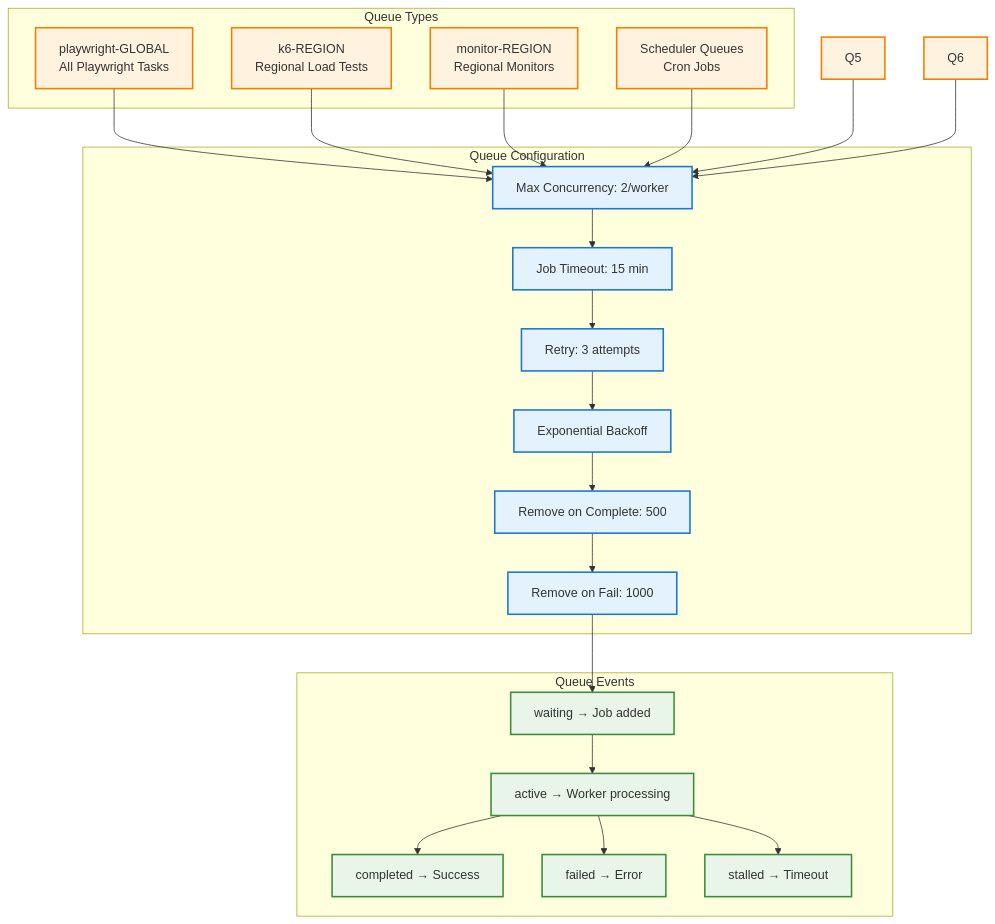
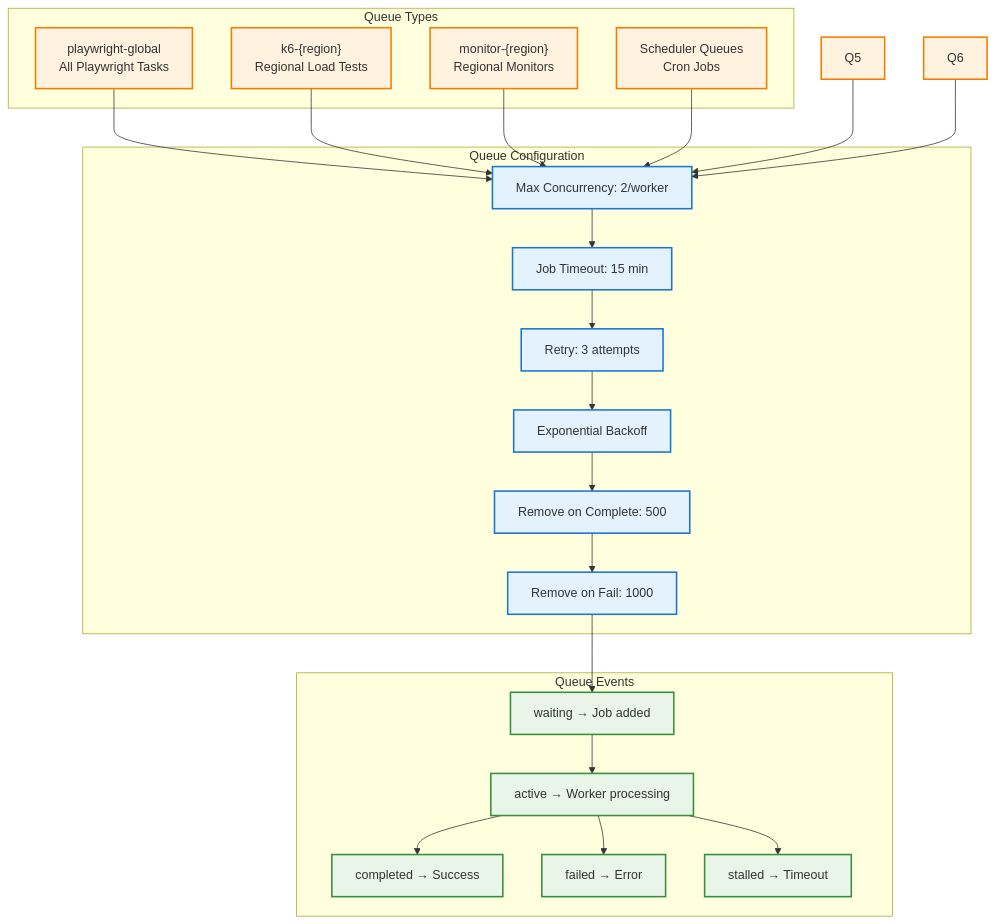
Before and after one commit to supercheck-io/supercheck: the third of 24 diagrams in specs/03-execution/EXECUTION_SYSTEM.md, drawn with Mermaid. The commit also changed other lines of this file and 47 other files, not shown here.

````diff
--- a/specs/03-execution/EXECUTION_SYSTEM.md
+++ b/specs/03-execution/EXECUTION_SYSTEM.md
@@ -201,41 +201,41 @@
 ```mermaid
 graph TB
     subgraph "Queue Types"
-        Q1[playwright-GLOBAL<br/>All Playwright Tasks]
-        Q2["k6-REGION<br/>Regional Load Tests"]
-        Q3["monitor-REGION<br/>Regional Monitors"]
+        Q1[playwright-global<br/>All Playwright Tasks]
+        Q2["k6-{region}<br/>Regional Load Tests"]
+        Q3["monitor-{region}<br/>Regional Monitors"]
         Q4[Scheduler Queues<br/>Cron Jobs]
     end
 
     subgraph "Queue Configuration"
         C1[Max Concurrency: 2/worker]
         C2[Job Timeout: 15 min]
         C3[Retry: 3 attempts]
         C4[Exponential Backoff]
         C5[Remove on Complete: 500]
         C6[Remove on Fail: 1000]
     end
 
     subgraph "Queue Events"
         E1[waiting → Job added]
         E2[active → Worker processing]
         E3[completed → Success]
         E4[failed → Error]
         E5[stalled → Timeout]
     end
 
     Q1 & Q2 & Q3 & Q4 & Q5 & Q6 --> C1
     C1 --> C2 --> C3 --> C4 --> C5 --> C6
 
     C6 --> E1 --> E2 --> E3
     E2 --> E4
     E2 --> E5
 
     classDef queue fill:#fff3e0,stroke:#f57c00,stroke-width:2px
     classDef config fill:#e3f2fd,stroke:#1976d2,stroke-width:2px
     classDef event fill:#e8f5e8,stroke:#388e3c,stroke-width:2px
 
     class Q1,Q2,Q3,Q4,Q5,Q6 queue
     class C1,C2,C3,C4,C5,C6 config
     class E1,E2,E3,E4,E5 event
 ```
````
